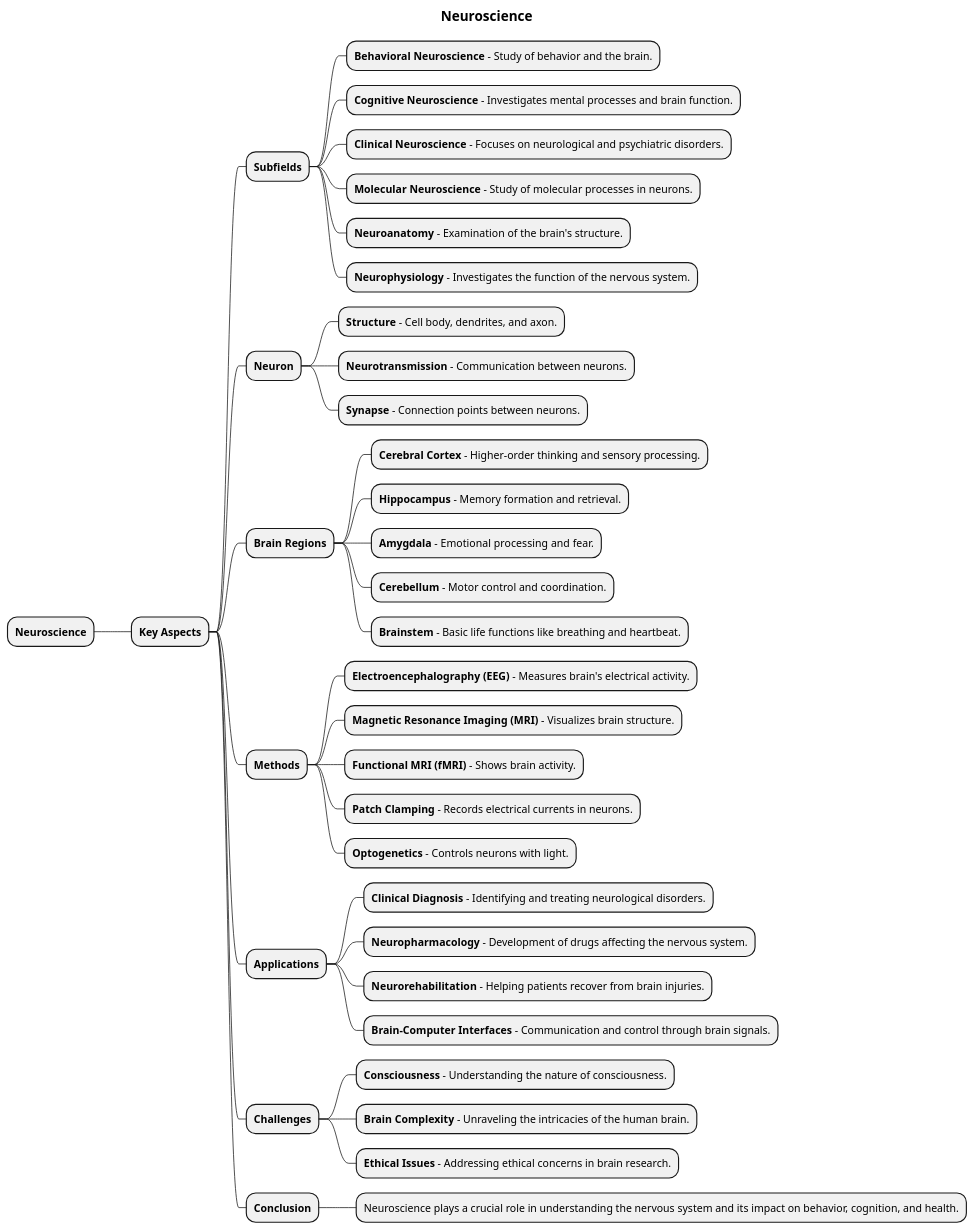
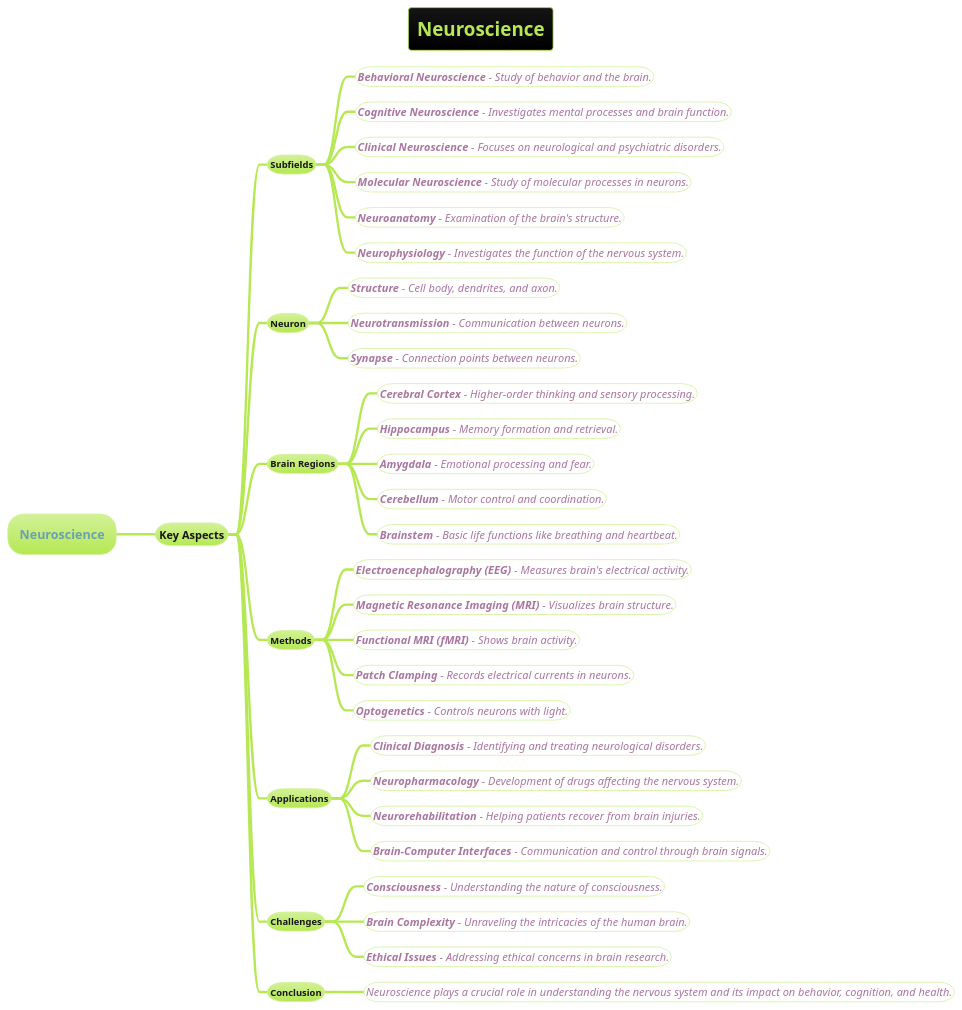
The diagram in docs/AI-ML- DL-Data-Science-and-BigData/machine-learning-ML/3-deep-learning-DL/Neuroscience.puml (MehmoodHashmi/Documentation-as-Code-DaC), drawn with PlantUML before and after one commit. The commit also changed 4 other files, not shown here.

```diff
--- a/docs/AI-ML- DL-Data-Science-and-BigData/machine-learning-ML/3-deep-learning-DL/Neuroscience.puml
+++ b/docs/AI-ML- DL-Data-Science-and-BigData/machine-learning-ML/3-deep-learning-DL/Neuroscience.puml
@@ -1,46 +1,47 @@
 @startmindmap
 title = Neuroscience
+!theme hacker
 
 * **Neuroscience**
 ** **Key Aspects**
 *** **Subfields**
-**** **Behavioral Neuroscience** - Study of behavior and the brain.
-**** **Cognitive Neuroscience** - Investigates mental processes and brain function.
-**** **Clinical Neuroscience** - Focuses on neurological and psychiatric disorders.
-**** **Molecular Neuroscience** - Study of molecular processes in neurons.
-**** **Neuroanatomy** - Examination of the brain's structure.
-**** **Neurophysiology** - Investigates the function of the nervous system.
+****[#white] ====<size:14>**Behavioral Neuroscience** - Study of behavior and the brain.
+****[#white] ====<size:14>**Cognitive Neuroscience** - Investigates mental processes and brain function.
+****[#white] ====<size:14>**Clinical Neuroscience** - Focuses on neurological and psychiatric disorders.
+****[#white] ====<size:14>**Molecular Neuroscience** - Study of molecular processes in neurons.
+****[#white] ====<size:14>**Neuroanatomy** - Examination of the brain's structure.
+****[#white] ====<size:14>**Neurophysiology** - Investigates the function of the nervous system.
 
 *** **Neuron**
-**** **Structure** - Cell body, dendrites, and axon.
-**** **Neurotransmission** - Communication between neurons.
-**** **Synapse** - Connection points between neurons.
+****[#white] ====<size:14>**Structure** - Cell body, dendrites, and axon.
+****[#white] ====<size:14>**Neurotransmission** - Communication between neurons.
+****[#white] ====<size:14>**Synapse** - Connection points between neurons.
 
 *** **Brain Regions**
-**** **Cerebral Cortex** - Higher-order thinking and sensory processing.
-**** **Hippocampus** - Memory formation and retrieval.
-**** **Amygdala** - Emotional processing and fear.
-**** **Cerebellum** - Motor control and coordination.
-**** **Brainstem** - Basic life functions like breathing and heartbeat.
+****[#white] ====<size:14>**Cerebral Cortex** - Higher-order thinking and sensory processing.
+****[#white] ====<size:14>**Hippocampus** - Memory formation and retrieval.
+****[#white] ====<size:14>**Amygdala** - Emotional processing and fear.
+****[#white] ====<size:14>**Cerebellum** - Motor control and coordination.
+****[#white] ====<size:14>**Brainstem** - Basic life functions like breathing and heartbeat.
 
 *** **Methods**
-**** **Electroencephalography (EEG)** - Measures brain's electrical activity.
-**** **Magnetic Resonance Imaging (MRI)** - Visualizes brain structure.
-**** **Functional MRI (fMRI)** - Shows brain activity.
-**** **Patch Clamping** - Records electrical currents in neurons.
-**** **Optogenetics** - Controls neurons with light.
+****[#white] ====<size:14>**Electroencephalography (EEG)** - Measures brain's electrical activity.
+****[#white] ====<size:14>**Magnetic Resonance Imaging (MRI)** - Visualizes brain structure.
+****[#white] ====<size:14>**Functional MRI (fMRI)** - Shows brain activity.
+****[#white] ====<size:14>**Patch Clamping** - Records electrical currents in neurons.
+****[#white] ====<size:14>**Optogenetics** - Controls neurons with light.
 
 *** **Applications**
-**** **Clinical Diagnosis** - Identifying and treating neurological disorders.
-**** **Neuropharmacology** - Development of drugs affecting the nervous system.
-**** **Neurorehabilitation** - Helping patients recover from brain injuries.
-**** **Brain-Computer Interfaces** - Communication and control through brain signals.
+****[#white] ====<size:14>**Clinical Diagnosis** - Identifying and treating neurological disorders.
+****[#white] ====<size:14>**Neuropharmacology** - Development of drugs affecting the nervous system.
+****[#white] ====<size:14>**Neurorehabilitation** - Helping patients recover from brain injuries.
+****[#white] ====<size:14>**Brain-Computer Interfaces** - Communication and control through brain signals.
 
 *** **Challenges**
-**** **Consciousness** - Understanding the nature of consciousness.
-**** **Brain Complexity** - Unraveling the intricacies of the human brain.
-**** **Ethical Issues** - Addressing ethical concerns in brain research.
+****[#white] ====<size:14>**Consciousness** - Understanding the nature of consciousness.
+****[#white] ====<size:14>**Brain Complexity** - Unraveling the intricacies of the human brain.
+****[#white] ====<size:14>**Ethical Issues** - Addressing ethical concerns in brain research.
 
 *** **Conclusion**
-**** Neuroscience plays a crucial role in understanding the nervous system and its impact on behavior, cognition, and health.
+****[#white] ====<size:14>Neuroscience plays a crucial role in understanding the nervous system and its impact on behavior, cognition, and health.
 @endmindmap
```
